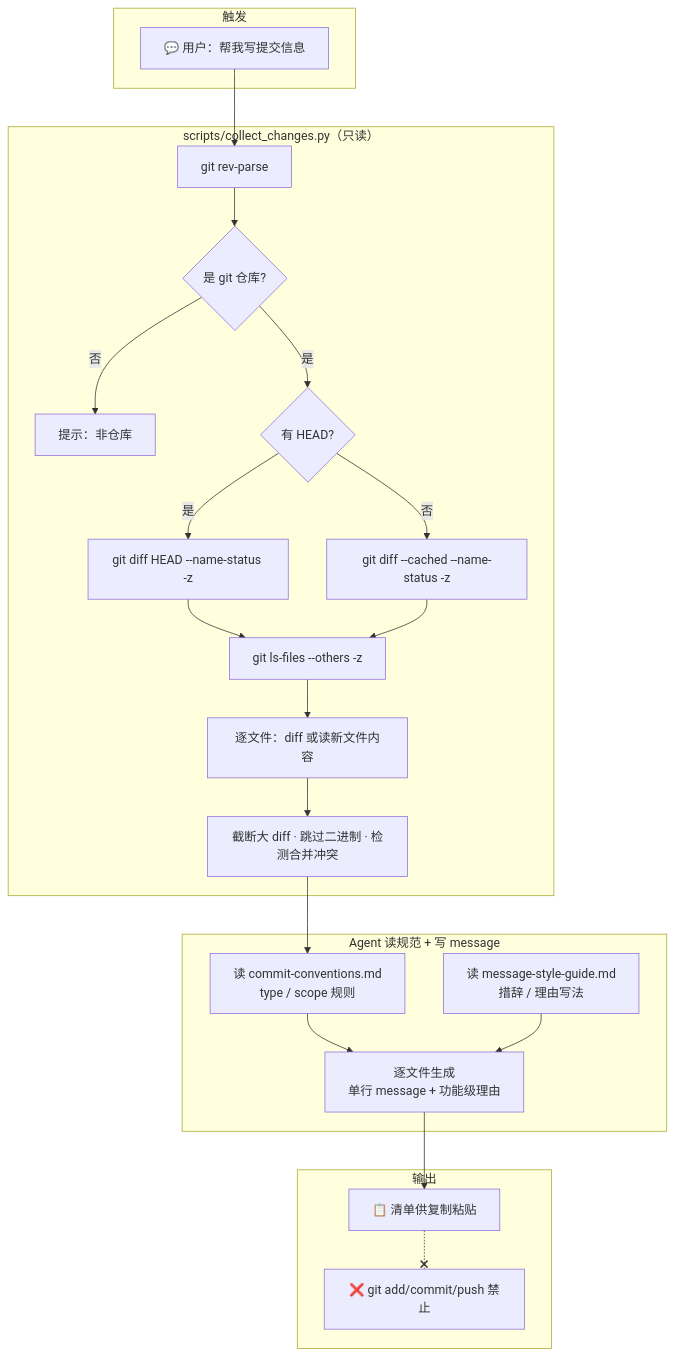
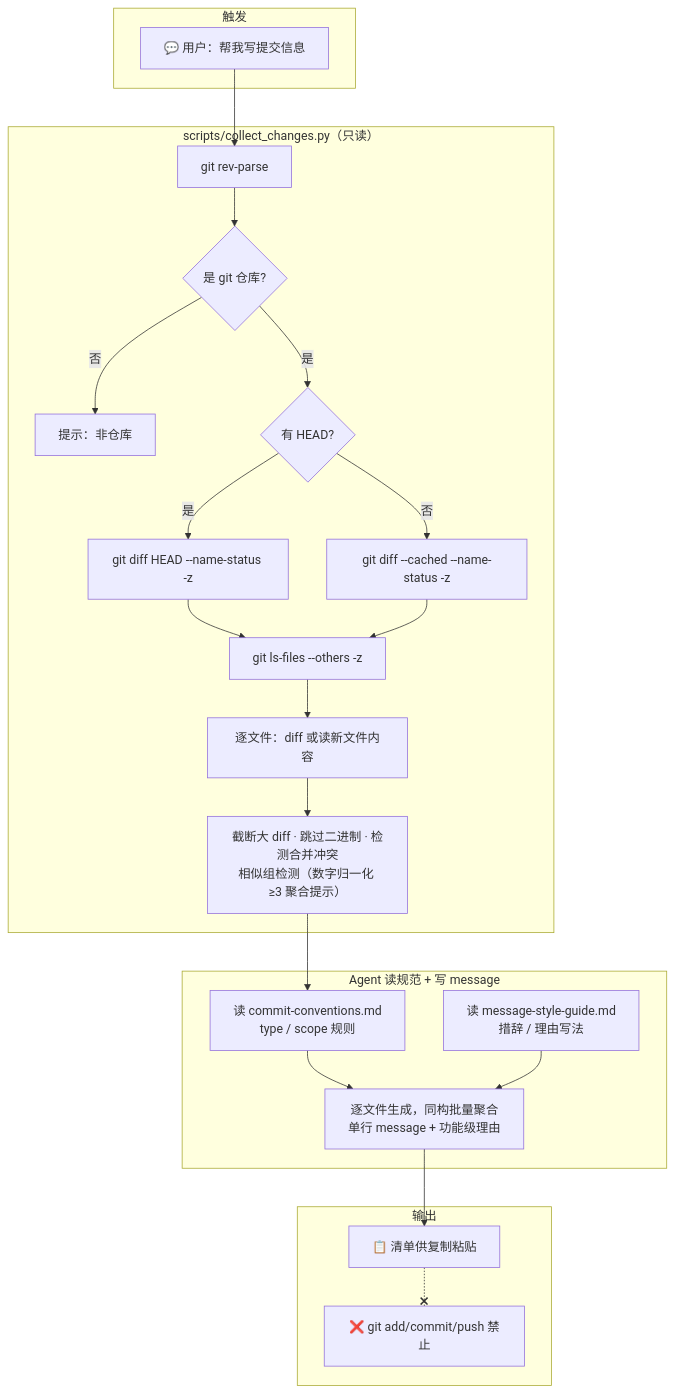
One commit to WeatherCore/Commit-Message-Assistant changed the diagram in README.md. Above: the diagram before and after it, drawn with Mermaid. The commit also changed other lines of this file and 1 other file, not shown here.

````diff
--- a/README.md
+++ b/README.md
@@ -27,34 +27,34 @@
 ```mermaid
 flowchart TB
     subgraph trigger["触发"]
         A["💬 用户：帮我写提交信息"]
     end
 
     subgraph collect["scripts/collect_changes.py（只读）"]
         B["git rev-parse"] --> C{"是 git 仓库?"}
         C -- 否 --> STOP["提示：非仓库"]
         C -- 是 --> D{"有 HEAD?"}
         D -- 是 --> E["git diff HEAD --name-status -z"]
         D -- 否 --> E2["git diff --cached --name-status -z"]
         E --> F["git ls-files --others -z"]
         E2 --> F
         F --> G["逐文件：diff 或读新文件内容"]
-        G --> H["截断大 diff · 跳过二进制 · 检测合并冲突"]
+        G --> H["截断大 diff · 跳过二进制 · 检测合并冲突<br/>相似组检测（数字归一化 ≥3 聚合提示）"]
     end
 
     subgraph generate["Agent 读规范 + 写 message"]
         I["读 commit-conventions.md<br/>type / scope 规则"]
         J["读 message-style-guide.md<br/>措辞 / 理由写法"]
-        I & J --> K["逐文件生成<br/>单行 message + 功能级理由"]
+        I & J --> K["逐文件生成，同构批量聚合<br/>单行 message + 功能级理由"]
     end
 
     subgraph output["输出"]
         L["📋 清单供复制粘贴"]
         M["❌ git add/commit/push 禁止"]
     end
 
     A --> B
     H --> I
     K --> L
     L -.-x M
 ```
````
